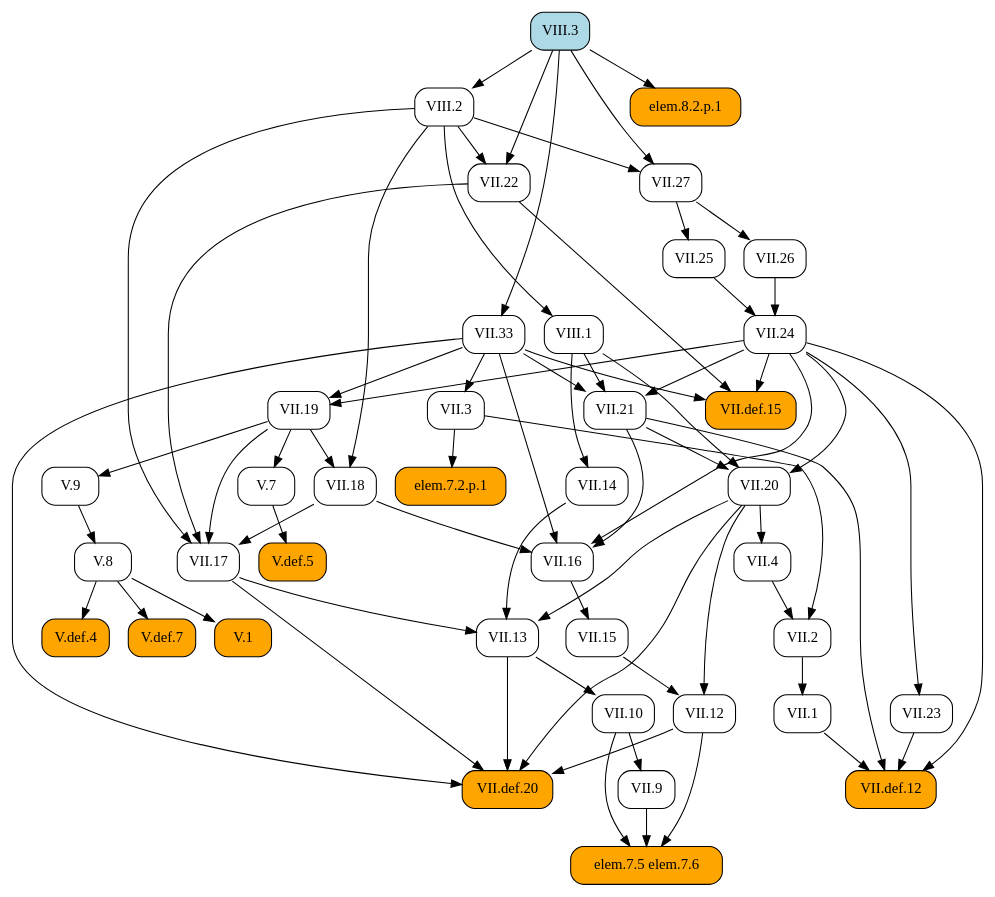
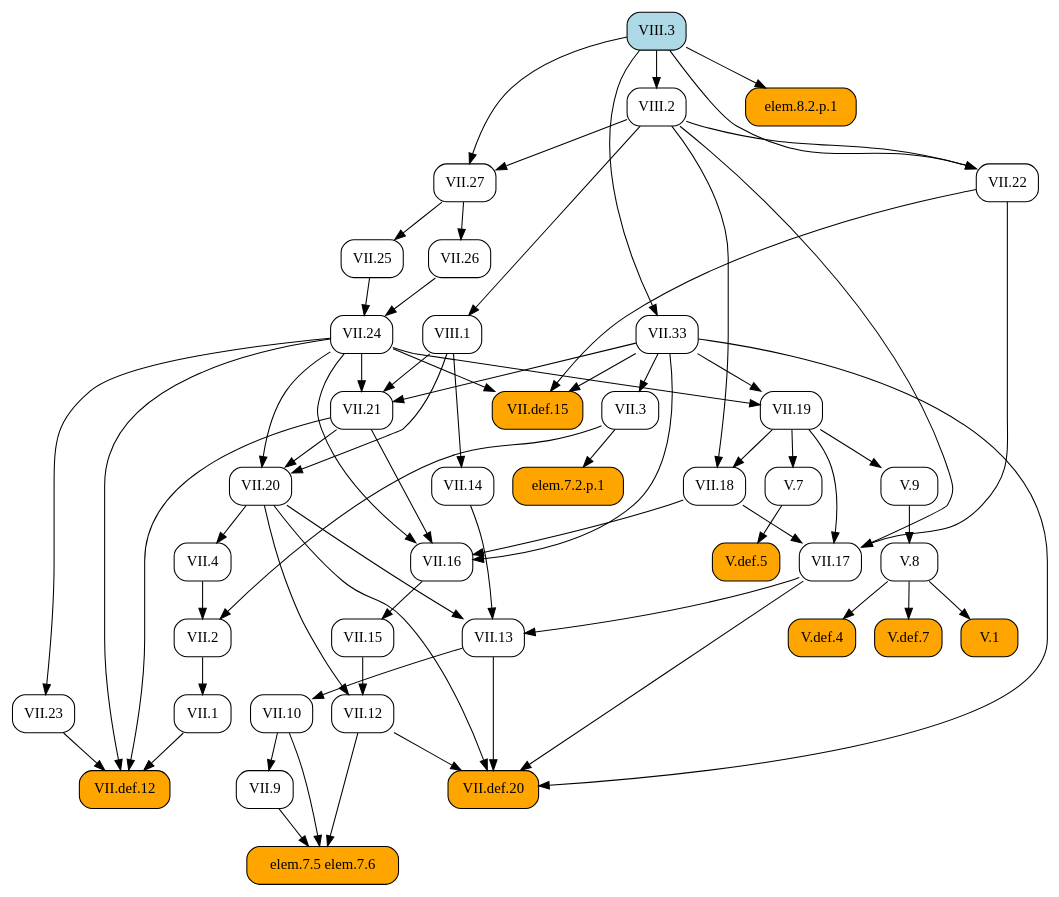
One commit to geometor/elements changed the diagram in docsrc/heath/VIII/3/index.rst. Above: the diagram before and after it, drawn with Graphviz. The commit also changed other lines of this file and 1029 other files, not shown here.

```diff
--- a/docsrc/heath/VIII/3/index.rst
+++ b/docsrc/heath/VIII/3/index.rst
@@ -42,111 +42,111 @@
    digraph {
      rankdir="TB";
      node [shape=box, style=rounded];
+     "VII.1" [URL="/heath/VII/1/", target="_top"];
+     "VII.9" [URL="/heath/VII/9/", target="_top"];
+     "V.def.5" [style="rounded,filled", fillcolor=orange, URL="/heath/V/def.5/", target="_top"];
+     "VII.3" [URL="/heath/VII/3/", target="_top"];
+     "VII.17" [URL="/heath/VII/17/", target="_top"];
+     "elem.7.5 elem.7.6" [style="rounded,filled", fillcolor=orange];
+     "V.7" [URL="/heath/V/7/", target="_top"];
+     "V.9" [URL="/heath/V/9/", target="_top"];
+     "VII.13" [URL="/heath/VII/13/", target="_top"];
+     "VII.2" [URL="/heath/VII/2/", target="_top"];
+     "VIII.1" [URL="/heath/VIII/1/", target="_top"];
+     "VIII.2" [URL="/heath/VIII/2/", target="_top"];
+     "VII.12" [URL="/heath/VII/12/", target="_top"];
+     "VII.24" [URL="/heath/VII/24/", target="_top"];
+     "VII.def.12" [style="rounded,filled", fillcolor=orange, URL="/heath/VII/def.12/", target="_top"];
+     "V.8" [URL="/heath/V/8/", target="_top"];
+     "VII.33" [URL="/heath/VII/33/", target="_top"];
+     "elem.7.2.p.1" [style="rounded,filled", fillcolor=orange];
+     "VII.10" [URL="/heath/VII/10/", target="_top"];
+     "VII.def.15" [style="rounded,filled", fillcolor=orange, URL="/heath/VII/def.15/", target="_top"];
+     "VII.19" [URL="/heath/VII/19/", target="_top"];
+     "VII.18" [URL="/heath/VII/18/", target="_top"];
+     "VII.16" [URL="/heath/VII/16/", target="_top"];
+     "VII.26" [URL="/heath/VII/26/", target="_top"];
+     "VII.4" [URL="/heath/VII/4/", target="_top"];
+     "VII.25" [URL="/heath/VII/25/", target="_top"];
+     "VII.21" [URL="/heath/VII/21/", target="_top"];
      "V.1" [style="rounded,filled", fillcolor=orange, URL="/heath/V/1/", target="_top"];
-     "VII.12" [URL="/heath/VII/12/", target="_top"];
-     "VII.16" [URL="/heath/VII/16/", target="_top"];
-     "VII.13" [URL="/heath/VII/13/", target="_top"];
+     "VII.20" [URL="/heath/VII/20/", target="_top"];
      "VII.14" [URL="/heath/VII/14/", target="_top"];
+     "VII.27" [URL="/heath/VII/27/", target="_top"];
      "V.def.4" [style="rounded,filled", fillcolor=orange, URL="/heath/V/def.4/", target="_top"];
-     "VII.def.15" [style="rounded,filled", fillcolor=orange, URL="/heath/VII/def.15/", target="_top"];
-     "VII.18" [URL="/heath/VII/18/", target="_top"];
-     "V.8" [URL="/heath/V/8/", target="_top"];
-     "VII.21" [URL="/heath/VII/21/", target="_top"];
-     "V.7" [URL="/heath/V/7/", target="_top"];
+     "VIII.3" [style="rounded,filled", fillcolor=lightblue, URL="/heath/VIII/3/", target="_top"];
+     "VII.22" [URL="/heath/VII/22/", target="_top"];
+     "V.def.7" [style="rounded,filled", fillcolor=orange, URL="/heath/V/def.7/", target="_top"];
+     "VII.23" [URL="/heath/VII/23/", target="_top"];
      "VII.15" [URL="/heath/VII/15/", target="_top"];
-     "VII.def.12" [style="rounded,filled", fillcolor=orange, URL="/heath/VII/def.12/", target="_top"];
-     "VII.2" [URL="/heath/VII/2/", target="_top"];
      "VII.def.20" [style="rounded,filled", fillcolor=orange, URL="/heath/VII/def.20/", target="_top"];
-     "VII.3" [URL="/heath/VII/3/", target="_top"];
-     "elem.7.5 elem.7.6" [style="rounded,filled", fillcolor=orange];
      "elem.8.2.p.1" [style="rounded,filled", fillcolor=orange];
-     "VII.10" [URL="/heath/VII/10/", target="_top"];
-     "V.def.7" [style="rounded,filled", fillcolor=orange, URL="/heath/V/def.7/", target="_top"];
-     "VII.20" [URL="/heath/VII/20/", target="_top"];
-     "VII.9" [URL="/heath/VII/9/", target="_top"];
-     "VIII.1" [URL="/heath/VIII/1/", target="_top"];
-     "VII.25" [URL="/heath/VII/25/", target="_top"];
-     "VII.23" [URL="/heath/VII/23/", target="_top"];
-     "VII.27" [URL="/heath/VII/27/", target="_top"];
-     "VIII.2" [URL="/heath/VIII/2/", target="_top"];
-     "VII.24" [URL="/heath/VII/24/", target="_top"];
-     "VIII.3" [style="rounded,filled", fillcolor=lightblue, URL="/heath/VIII/3/", target="_top"];
-     "VII.19" [URL="/heath/VII/19/", target="_top"];
-     "VII.4" [URL="/heath/VII/4/", target="_top"];
-     "elem.7.2.p.1" [style="rounded,filled", fillcolor=orange];
-     "V.9" [URL="/heath/V/9/", target="_top"];
-     "VII.26" [URL="/heath/VII/26/", target="_top"];
-     "VII.1" [URL="/heath/VII/1/", target="_top"];
-     "VII.22" [URL="/heath/VII/22/", target="_top"];
-     "VII.33" [URL="/heath/VII/33/", target="_top"];
-     "V.def.5" [style="rounded,filled", fillcolor=orange, URL="/heath/V/def.5/", target="_top"];
-     "VII.17" [URL="/heath/VII/17/", target="_top"];
-     "V.8" -> "V.1";
+     "VII.2" -> "VII.1";
+     "VII.10" -> "VII.9";
+     "V.7" -> "V.def.5";
+     "VII.33" -> "VII.3";
+     "VII.18" -> "VII.17";
+     "VII.19" -> "VII.17";
+     "VII.22" -> "VII.17";
+     "VIII.2" -> "VII.17";
+     "VII.9" -> "elem.7.5 elem.7.6";
+     "VII.10" -> "elem.7.5 elem.7.6";
+     "VII.12" -> "elem.7.5 elem.7.6";
+     "VII.19" -> "V.7";
+     "VII.19" -> "V.9";
+     "VII.14" -> "VII.13";
+     "VII.17" -> "VII.13";
+     "VII.20" -> "VII.13";
+     "VII.3" -> "VII.2";
+     "VII.4" -> "VII.2";
+     "VIII.2" -> "VIII.1";
+     "VIII.3" -> "VIII.2";
      "VII.15" -> "VII.12";
      "VII.20" -> "VII.12";
+     "VII.25" -> "VII.24";
+     "VII.26" -> "VII.24";
+     "VII.1" -> "VII.def.12";
+     "VII.21" -> "VII.def.12";
+     "VII.23" -> "VII.def.12";
+     "VII.24" -> "VII.def.12";
+     "V.9" -> "V.8";
+     "VIII.3" -> "VII.33";
+     "VII.3" -> "elem.7.2.p.1";
+     "VII.13" -> "VII.10";
+     "VII.22" -> "VII.def.15";
+     "VII.24" -> "VII.def.15";
+     "VII.33" -> "VII.def.15";
+     "VII.24" -> "VII.19";
+     "VII.33" -> "VII.19";
+     "VII.19" -> "VII.18";
+     "VIII.2" -> "VII.18";
      "VII.18" -> "VII.16";
      "VII.21" -> "VII.16";
      "VII.24" -> "VII.16";
      "VII.33" -> "VII.16";
-     "VII.14" -> "VII.13";
-     "VII.17" -> "VII.13";
-     "VII.20" -> "VII.13";
-     "VIII.1" -> "VII.14";
-     "V.8" -> "V.def.4";
-     "VII.22" -> "VII.def.15";
-     "VII.24" -> "VII.def.15";
-     "VII.33" -> "VII.def.15";
-     "VII.19" -> "VII.18";
-     "VIII.2" -> "VII.18";
-     "V.9" -> "V.8";
+     "VII.27" -> "VII.26";
+     "VII.20" -> "VII.4";
+     "VII.27" -> "VII.25";
      "VII.24" -> "VII.21";
      "VII.33" -> "VII.21";
      "VIII.1" -> "VII.21";
-     "VII.19" -> "V.7";
+     "V.8" -> "V.1";
+     "VII.21" -> "VII.20";
+     "VII.24" -> "VII.20";
+     "VIII.1" -> "VII.20";
+     "VIII.1" -> "VII.14";
+     "VIII.2" -> "VII.27";
+     "VIII.3" -> "VII.27";
+     "V.8" -> "V.def.4";
+     "VIII.2" -> "VII.22";
+     "VIII.3" -> "VII.22";
+     "V.8" -> "V.def.7";
+     "VII.24" -> "VII.23";
      "VII.16" -> "VII.15";
-     "VII.1" -> "VII.def.12";
-     "VII.21" -> "VII.def.12";
-     "VII.23" -> "VII.def.12";
-     "VII.24" -> "VII.def.12";
-     "VII.3" -> "VII.2";
-     "VII.4" -> "VII.2";
      "VII.12" -> "VII.def.20";
      "VII.13" -> "VII.def.20";
      "VII.17" -> "VII.def.20";
      "VII.20" -> "VII.def.20";
      "VII.33" -> "VII.def.20";
-     "VII.33" -> "VII.3";
-     "VII.9" -> "elem.7.5 elem.7.6";
-     "VII.10" -> "elem.7.5 elem.7.6";
-     "VII.12" -> "elem.7.5 elem.7.6";
      "VIII.3" -> "elem.8.2.p.1";
-     "VII.13" -> "VII.10";
-     "V.8" -> "V.def.7";
-     "VII.21" -> "VII.20";
-     "VII.24" -> "VII.20";
-     "VIII.1" -> "VII.20";
-     "VII.10" -> "VII.9";
-     "VIII.2" -> "VIII.1";
-     "VII.27" -> "VII.25";
-     "VII.24" -> "VII.23";
-     "VIII.2" -> "VII.27";
-     "VIII.3" -> "VII.27";
-     "VIII.3" -> "VIII.2";
-     "VII.25" -> "VII.24";
-     "VII.26" -> "VII.24";
-     "VII.24" -> "VII.19";
-     "VII.33" -> "VII.19";
-     "VII.20" -> "VII.4";
-     "VII.3" -> "elem.7.2.p.1";
-     "VII.19" -> "V.9";
-     "VII.27" -> "VII.26";
-     "VII.2" -> "VII.1";
-     "VIII.2" -> "VII.22";
-     "VIII.3" -> "VII.22";
-     "VIII.3" -> "VII.33";
-     "V.7" -> "V.def.5";
-     "VII.18" -> "VII.17";
-     "VII.19" -> "VII.17";
-     "VII.22" -> "VII.17";
-     "VIII.2" -> "VII.17";
    }
```
